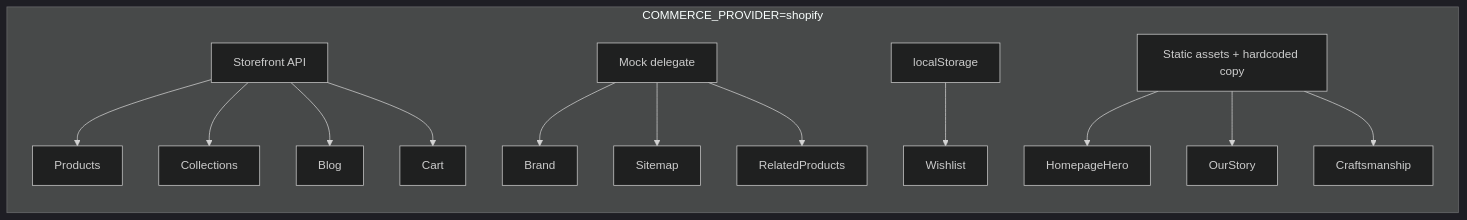
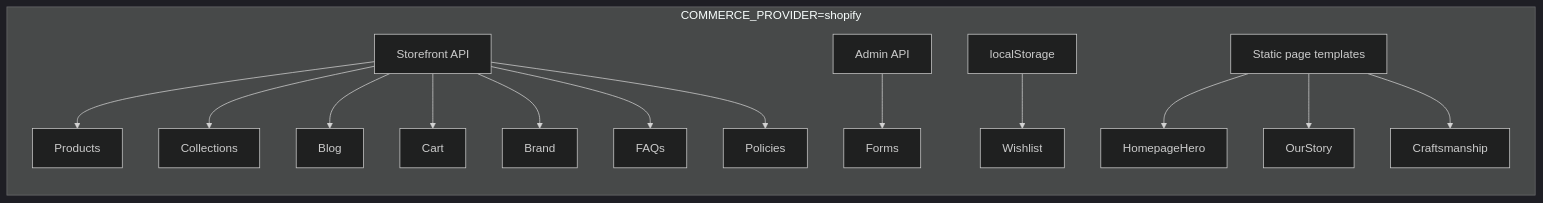
The first of 2 diagrams in docs/shopify-driven-roadmap.md (thekashmirweaver-design/storefront), drawn with Mermaid (dark theme) before and after one commit. The commit also changed other lines of this file, not shown here.

First line of the commit message:
docs: mark Phases 0-5 complete in Shopify roadmap

````diff
--- a/docs/shopify-driven-roadmap.md
+++ b/docs/shopify-driven-roadmap.md
@@ -68,20 +68,21 @@
 ```mermaid
 flowchart LR
-  subgraph today [COMMERCE_PROVIDER=shopify]
+  subgraph shopify [COMMERCE_PROVIDER=shopify]
     SF[Storefront API]
-    Mock[Mock delegate]
+    Admin[Admin API]
     LS[localStorage]
-    Static[Static assets + hardcoded copy]
+    Static[Static page templates]
     SF --> Products
     SF --> Collections
     SF --> Blog
     SF --> Cart
-    Mock --> Brand
-    Mock --> Sitemap
-    Mock --> RelatedProducts
+    SF --> Brand
+    SF --> FAQs
+    SF --> Policies
+    Admin --> Forms
     LS --> Wishlist
     Static --> HomepageHero
     Static --> OurStory
     Static --> Craftsmanship
   end
 ```
````
